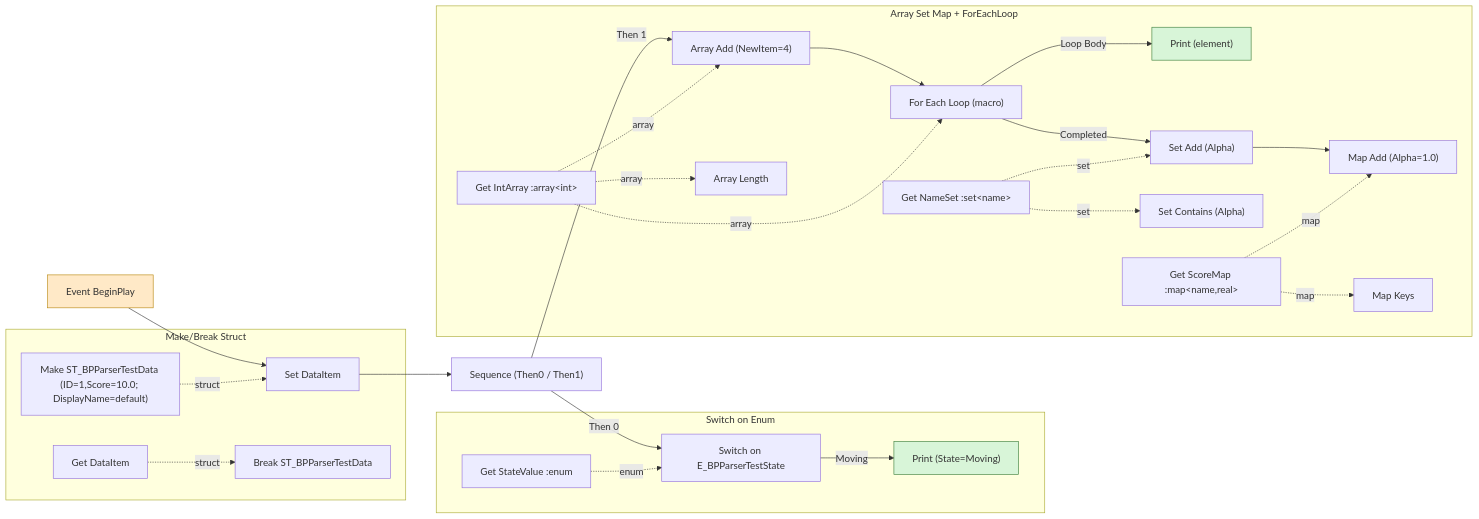
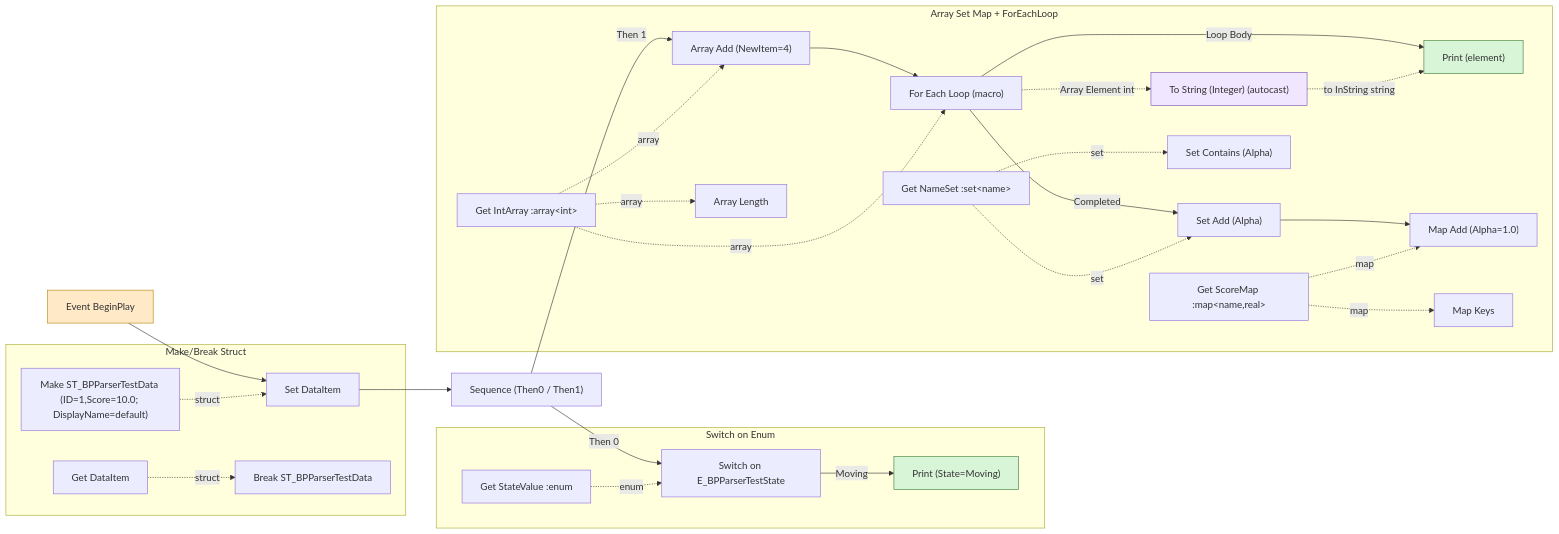
The diagram in bpparser_testgen/deliverables/viz/BP_02_StructEnumContainers.mmd (CiaranCw/BlueprintAnalyseTool), drawn with Mermaid before and after one commit. The commit also changed 25 other files, not shown here.

```diff
--- a/bpparser_testgen/deliverables/viz/BP_02_StructEnumContainers.mmd
+++ b/bpparser_testgen/deliverables/viz/BP_02_StructEnumContainers.mmd
@@ -1,52 +1,56 @@
 %% BP_02_StructEnumContainers - EventGraph
 %% Edge style: solid=exec, dotted=data
 flowchart LR
   n1["Event BeginPlay"]:::evt
   nseq["Sequence (Then0 / Then1)"]
   subgraph C1["Make/Break Struct"]
     n2["Make ST_BPParserTestData (ID=1,Score=10.0; DisplayName=default)"]
     n3["Set DataItem"]
     n4["Get DataItem"]
     n5["Break ST_BPParserTestData"]
   end
   subgraph C2["Switch on Enum"]
     n6["Get StateValue :enum"]
     n7["Switch on E_BPParserTestState"]
     n8["Print (State=Moving)"]:::impure
   end
   subgraph C3["Array Set Map + ForEachLoop"]
     n9["Get IntArray :array&lt;int&gt;"]
     n10["Array Add (NewItem=4)"]
     n11["Array Length"]
     n12["For Each Loop (macro)"]
     n13["Print (element)"]:::impure
+    n21["To String (Integer) (autocast)"]:::cast
     n14["Get NameSet :set&lt;name&gt;"]
     n15["Set Add (Alpha)"]
     n16["Set Contains (Alpha)"]
     n17["Get ScoreMap :map&lt;name,real&gt;"]
     n18["Map Add (Alpha=1.0)"]
     n19["Map Keys"]
   end
 
   n1 --> n3
   n3 --> nseq
   nseq -->|Then 0| n7
   nseq -->|Then 1| n10
   n7 -->|Moving| n8
   n10 --> n12
   n12 -->|Loop Body| n13
   n12 -->|Completed| n15
   n15 --> n18
   n2 -.->|struct| n3
   n4 -.->|struct| n5
   n6 -.->|enum| n7
   n9 -.->|array| n10
   n9 -.->|array| n11
   n9 -.->|array| n12
   n14 -.->|set| n15
   n14 -.->|set| n16
   n17 -.->|map| n18
   n17 -.->|map| n19
+  n12 -.->|Array Element int| n21
+  n21 -.->|to InString string| n13
 
   classDef evt fill:#ffe9c7,stroke:#b8860b;
   classDef impure fill:#d8f5d8,stroke:#3a7d3a;
+  classDef cast fill:#f0e6ff,stroke:#7a4fbf;
```
